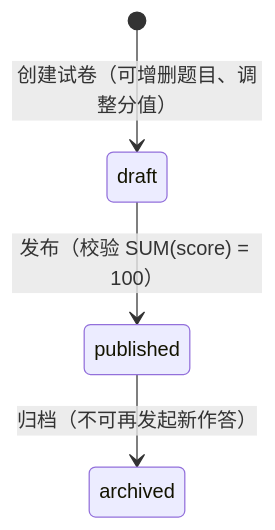
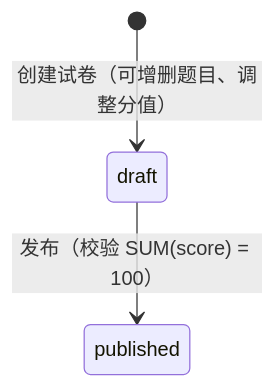
Before and after one commit to caoguanjie/emodor-exam: the ninth of 14 diagrams in docs/design/05-模块设计.md, drawn with Mermaid. The commit also changed other lines of this file and 18 other files, not shown here.

````diff
--- a/docs/design/05-模块设计.md
+++ b/docs/design/05-模块设计.md
@@ -600,6 +600,5 @@
 ```mermaid
 stateDiagram-v2
     [*] --> draft : 创建试卷（可增删题目、调整分值）
     draft --> published : 发布（校验 SUM(score) = 100）
-    published --> archived : 归档（不可再发起新作答）
 ```
````
